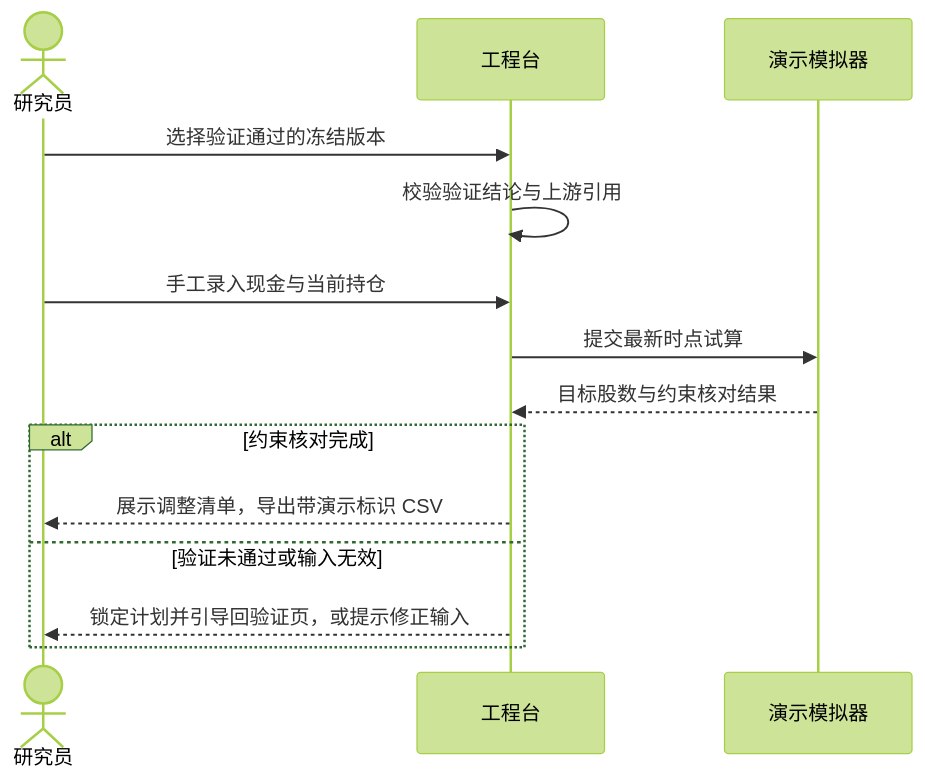
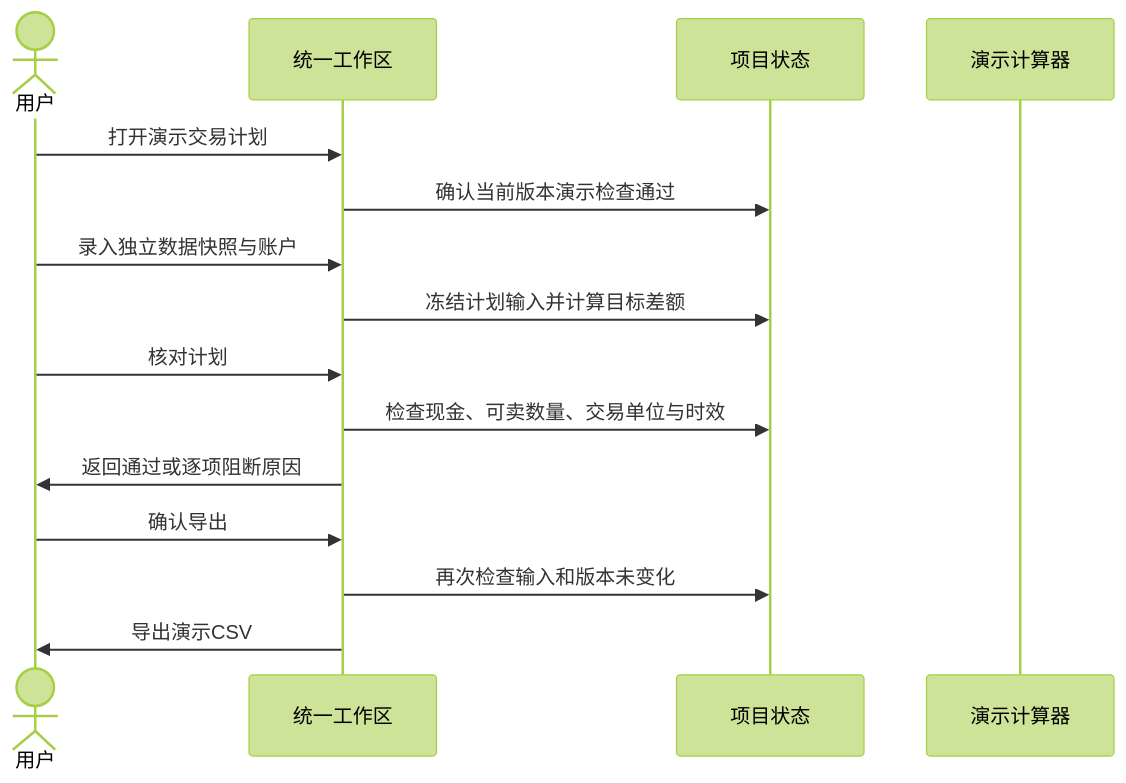
Before and after one commit to dorname/nautilus_trader: the diagram in logos/changes/astock-research-desktop/deltas/prd/3-technical-plan/2-scenario-implementation/core-S20-plan-bridge.md, drawn with Mermaid (forest theme). The commit also changed other lines of this file and 48 other files, not shown here.

````diff
--- a/logos/changes/astock-research-desktop/deltas/prd/3-technical-plan/2-scenario-implementation/core-S20-plan-bridge.md
+++ b/logos/changes/astock-research-desktop/deltas/prd/3-technical-plan/2-scenario-implementation/core-S20-plan-bridge.md
@@ -5,16 +7,17 @@
 ```mermaid
 sequenceDiagram
-    actor U as 研究员
-    participant G as 工程台
-    participant W as 演示模拟器
-    U->>G: 选择验证通过的冻结版本
-    G->>G: 校验验证结论与上游引用
-    U->>G: 手工录入现金与当前持仓
-    G->>W: 提交最新时点试算
-    W-->>G: 目标股数与约束核对结果
-    alt 约束核对完成
-        G-->>U: 展示调整清单，导出带演示标识 CSV
-    else 验证未通过或输入无效
-        G-->>U: 锁定计划并引导回验证页，或提示修正输入
-    end
+    actor U as 用户
+    participant G as 统一工作区
+    participant P as 项目状态
+    participant W as 演示计算器
+    U->>G: 打开演示交易计划
+    G->>P: 确认当前版本演示检查通过
+    U->>G: 录入独立数据快照与账户
+    G->>P: 冻结计划输入并计算目标差额
+    U->>G: 核对计划
+    G->>P: 检查现金、可卖数量、交易单位与时效
+    G->>U: 返回通过或逐项阻断原因
+    U->>G: 确认导出
+    G->>P: 再次检查输入和版本未变化
+    G->>U: 导出演示CSV
 ```
````
